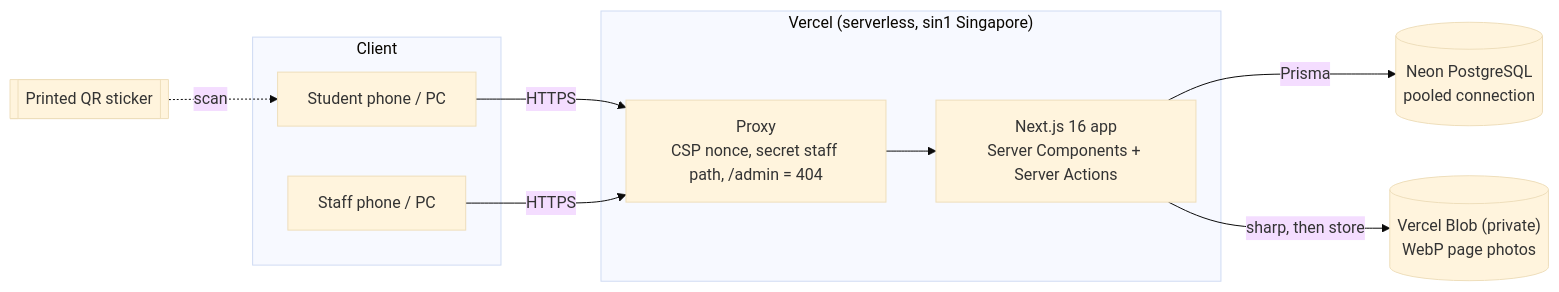
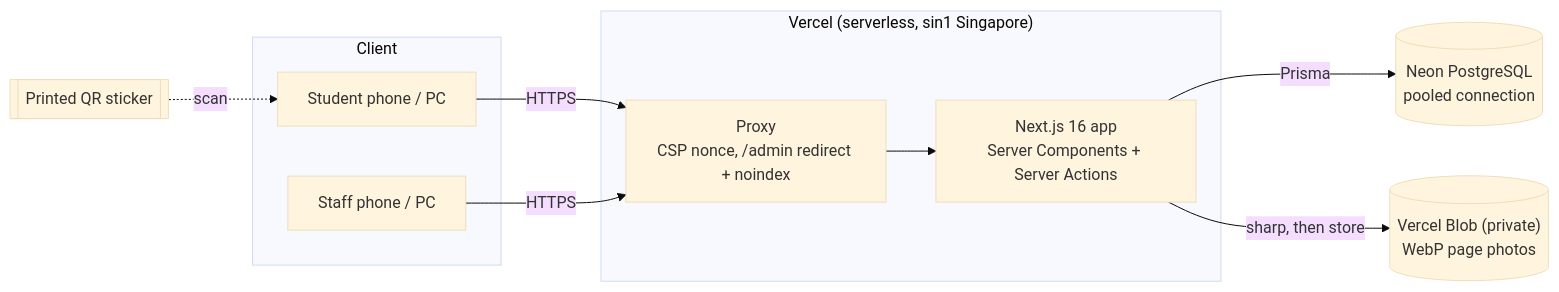
Before and after one commit to SUDARSUN-24/siam-library: the first of 5 diagrams in REPORT.md, drawn with Mermaid (base theme). The commit also changed other lines of this file and 22 other files, not shown here.

Commit message:
Staff area back at /admin with a footer Staff login link; remove secret ADMIN_PATH (2FA, rate limits, noindex unchanged)

````diff
--- a/REPORT.md
+++ b/REPORT.md
@@ -85,19 +84,19 @@
 ```mermaid
 flowchart LR
   subgraph Client
     S[Student phone / PC]
     T[Staff phone / PC]
   end
   subgraph Vercel["Vercel (serverless, sin1 Singapore)"]
-    P["Proxy<br/>CSP nonce, secret staff path, /admin = 404"]
+    P["Proxy<br/>CSP nonce, /admin redirect + noindex"]
     N["Next.js 16 app<br/>Server Components + Server Actions"]
   end
   U[("Vercel Blob (private)<br/>WebP page photos")]
   D[("Neon PostgreSQL<br/>pooled connection")]
   QR[[Printed QR sticker]] -. scan .-> S
   S -- HTTPS --> P
   T -- HTTPS --> P
   P --> N
   N -- Prisma --> D
   N -- sharp, then store --> U
 ```
````
